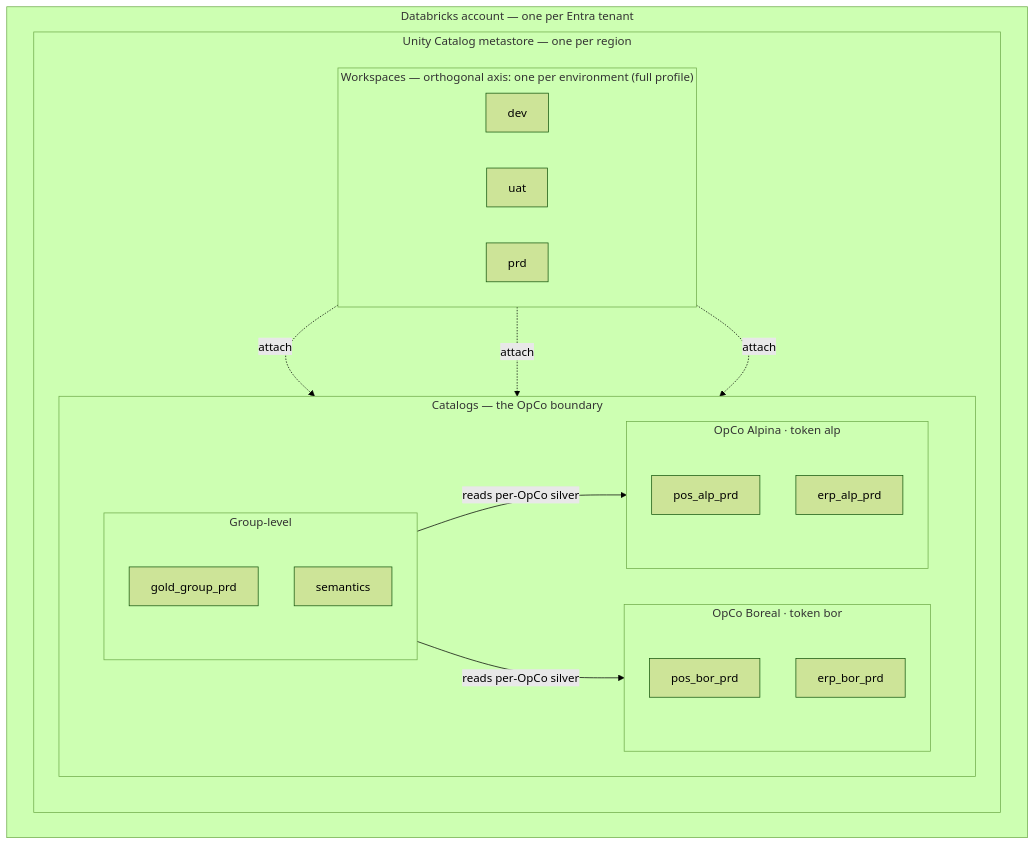
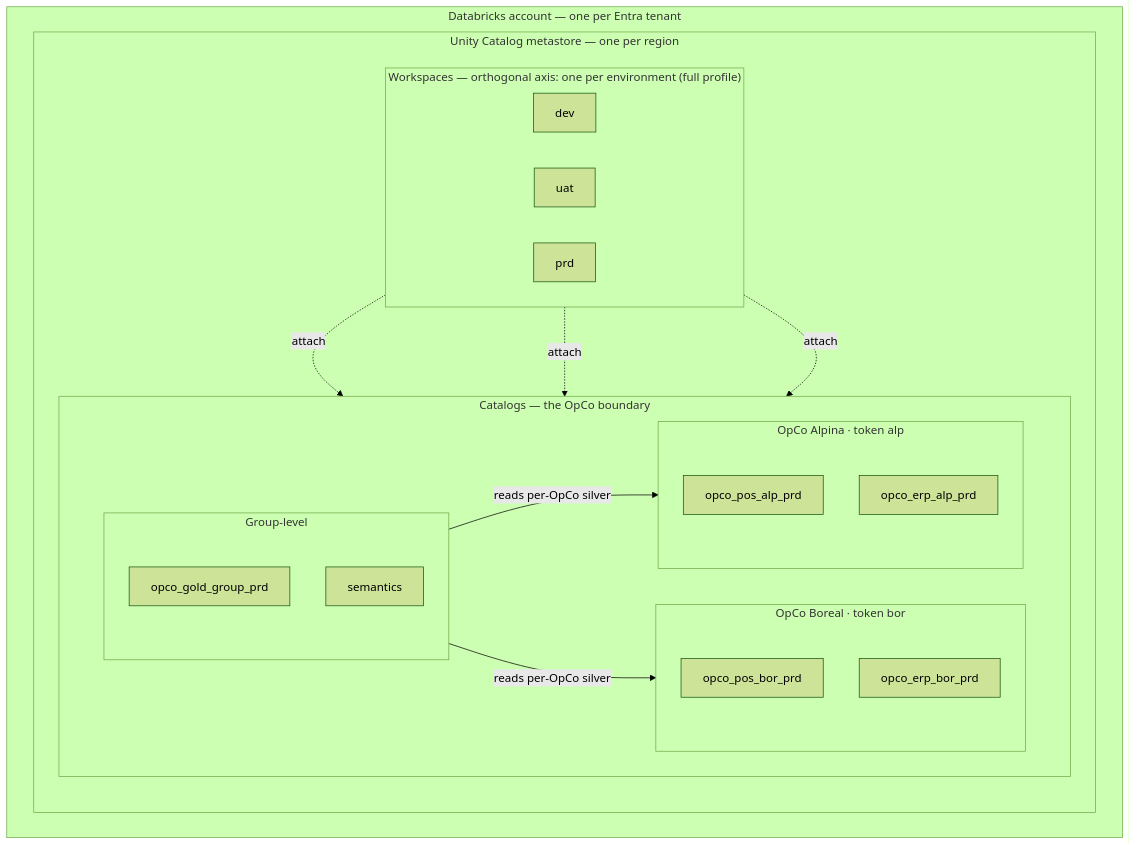
Before and after one commit to szmizorsz/opco-lakehouse: the second of 5 diagrams in docs/adr/ADR-0001-platform-as-deployment-unit.md, drawn with Mermaid (forest theme). The commit also changed other lines of this file and 15 other files, not shown here.

````diff
--- a/docs/adr/ADR-0001-platform-as-deployment-unit.md
+++ b/docs/adr/ADR-0001-platform-as-deployment-unit.md
@@ -100,33 +100,33 @@
 ```mermaid
 flowchart TB
   subgraph ACC["Databricks account — one per Entra tenant"]
     subgraph MS["Unity Catalog metastore — one per region"]
       subgraph WS["Workspaces — orthogonal axis: one per environment (full profile)"]
         direction LR
         WD["dev"]
         WU["uat"]
         WP["prd"]
       end
       subgraph CATS["Catalogs — the OpCo boundary"]
         direction LR
         subgraph ALP["OpCo Alpina · token alp"]
-          A1["pos_alp_prd"]
-          A2["erp_alp_prd"]
+          A1["opco_pos_alp_prd"]
+          A2["opco_erp_alp_prd"]
         end
         subgraph BOR["OpCo Boreal · token bor"]
-          B1["pos_bor_prd"]
-          B2["erp_bor_prd"]
+          B1["opco_pos_bor_prd"]
+          B2["opco_erp_bor_prd"]
         end
         subgraph GRP["Group-level"]
-          G1["gold_group_prd"]
+          G1["opco_gold_group_prd"]
           G2["semantics"]
         end
       end
     end
   end
   WD -. attach .-> CATS
   WU -. attach .-> CATS
   WP -. attach .-> CATS
   GRP -- reads per-OpCo silver --> ALP
   GRP -- reads per-OpCo silver --> BOR
 ```
````
